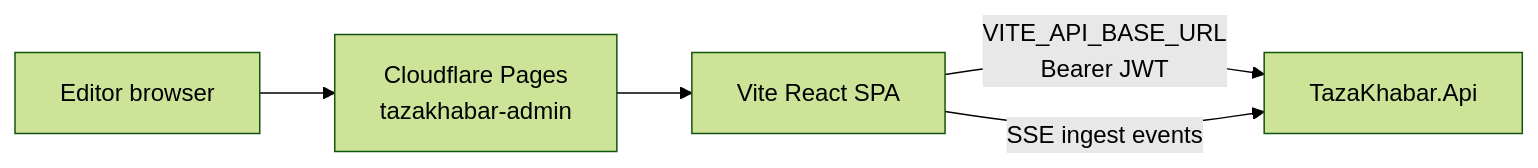
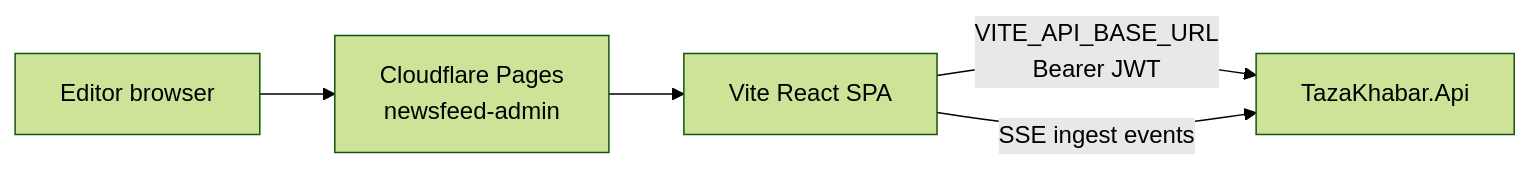
One commit to sshivanshg/TAZAkhabar changed the first of 2 diagrams in docs/architecture/05-admin.md. Above: the diagram before and after it, drawn with Mermaid (forest theme). The commit also changed other lines of this file and 30 other files, not shown here.

````diff
--- a/docs/architecture/05-admin.md
+++ b/docs/architecture/05-admin.md
@@ -17,7 +17,7 @@
 ```mermaid
 flowchart LR
-  Editor[Editor browser] --> Pages[Cloudflare Pages<br/>tazakhabar-admin]
+  Editor[Editor browser] --> Pages[Cloudflare Pages<br/>newsfeed-admin]
   Pages --> SPA[Vite React SPA]
   SPA -->|VITE_API_BASE_URL<br/>Bearer JWT| API[TazaKhabar.Api]
   SPA -->|SSE ingest events| API
 ```
````
